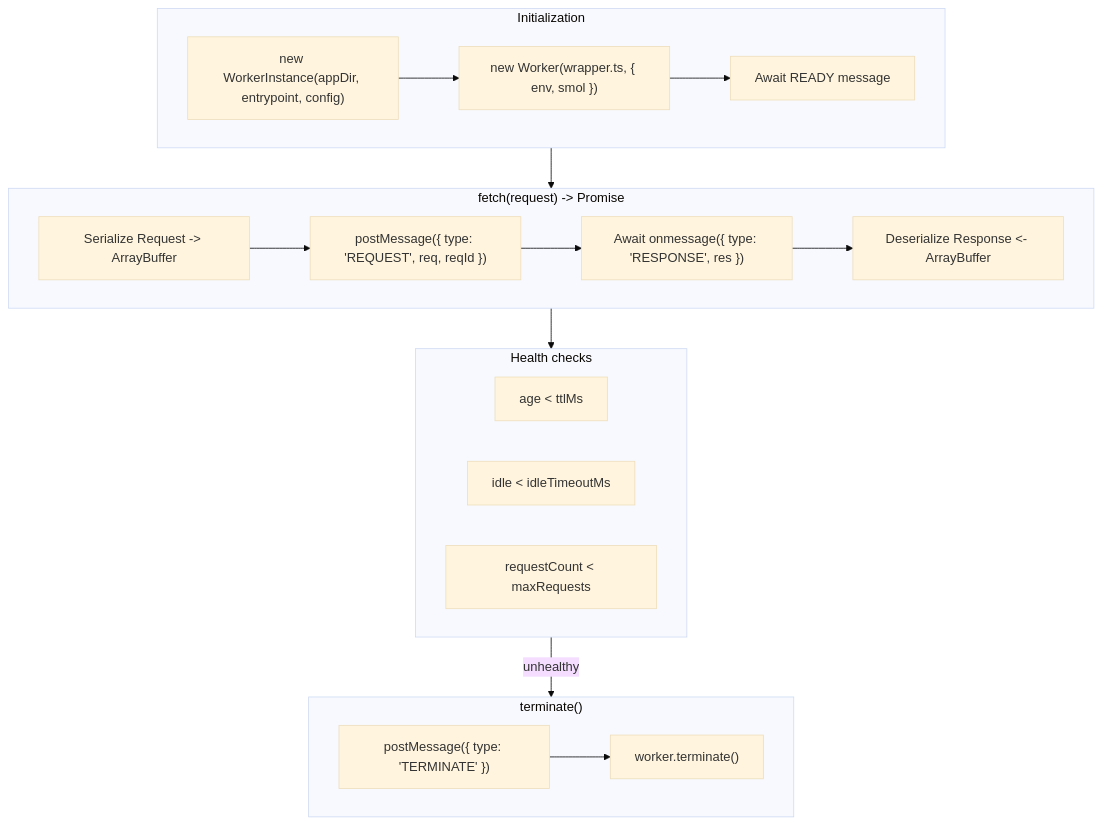
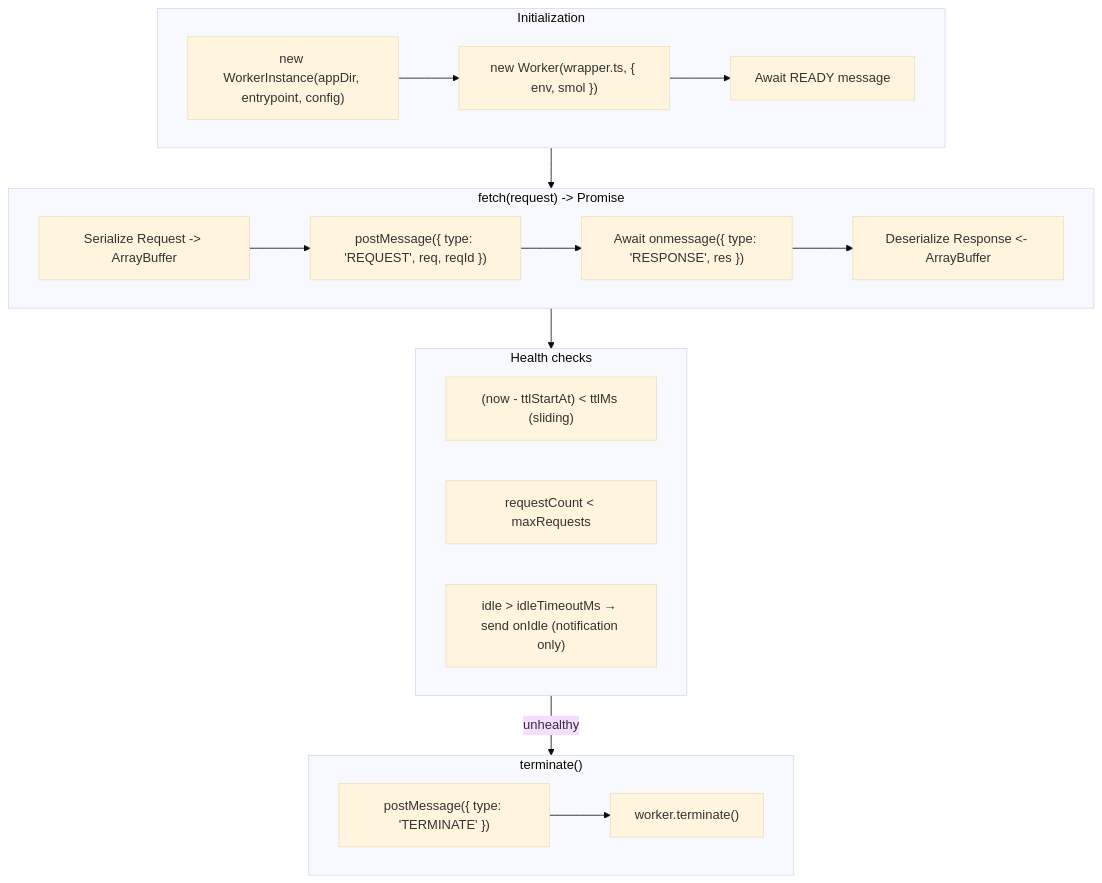
The second of 3 diagrams in apps/runtime/docs/concepts/worker-pool.md (zommehq/buntime), drawn with Mermaid (base theme) before and after one commit. The commit also changed other lines of this file and 6 other files, not shown here.

First line of the commit message:
feat(runtime): sliding TTL + idleTimeout as event-only

````diff
--- a/apps/runtime/docs/concepts/worker-pool.md
+++ b/apps/runtime/docs/concepts/worker-pool.md
@@ -137,30 +137,30 @@
 ```mermaid
 flowchart TD
     subgraph init["Initialization"]
         Create["new WorkerInstance(appDir, entrypoint, config)"]
         Create --> SpawnWorker["new Worker(wrapper.ts, { env, smol })"]
         SpawnWorker --> AwaitReady["Await READY message"]
     end
 
     subgraph fetch["fetch(request) -> Promise<Response>"]
         Serialize["Serialize Request -> ArrayBuffer"]
         Serialize --> Post["postMessage({ type: 'REQUEST', req, reqId })"]
         Post --> AwaitMsg["Await onmessage({ type: 'RESPONSE', res })"]
         AwaitMsg --> Deserialize["Deserialize Response <- ArrayBuffer"]
     end
 
     subgraph health["Health checks"]
-        AgeCheck["age < ttlMs"]
-        IdleCheck["idle < idleTimeoutMs"]
+        TtlCheck["(now - ttlStartAt) < ttlMs (sliding)"]
         ReqCheck["requestCount < maxRequests"]
+        IdleEvent["idle > idleTimeoutMs → send onIdle (notification only)"]
     end
 
     subgraph term["terminate()"]
         SendTerm["postMessage({ type: 'TERMINATE' })"]
         SendTerm --> Kill["worker.terminate()"]
     end
 
     init --> fetch
     fetch --> health
     health -->|unhealthy| term
 ```
````
